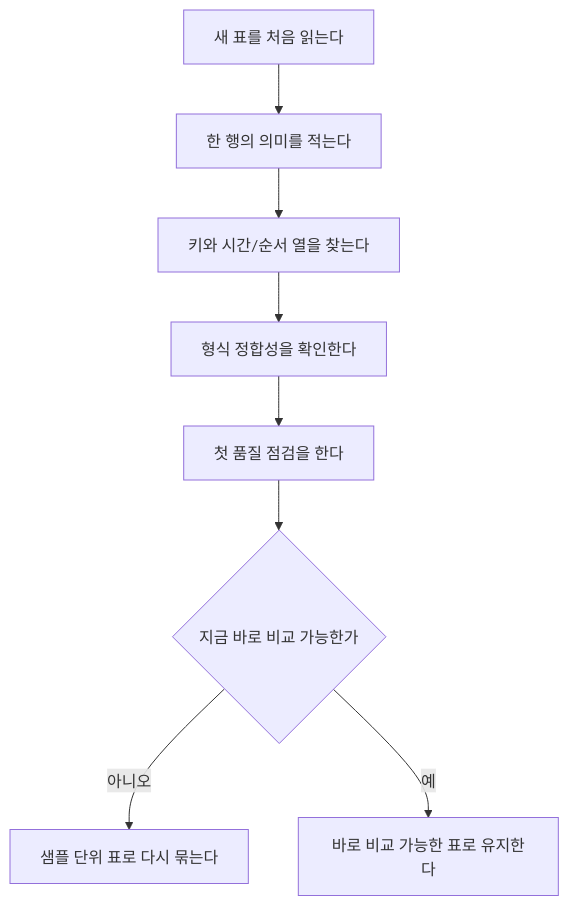
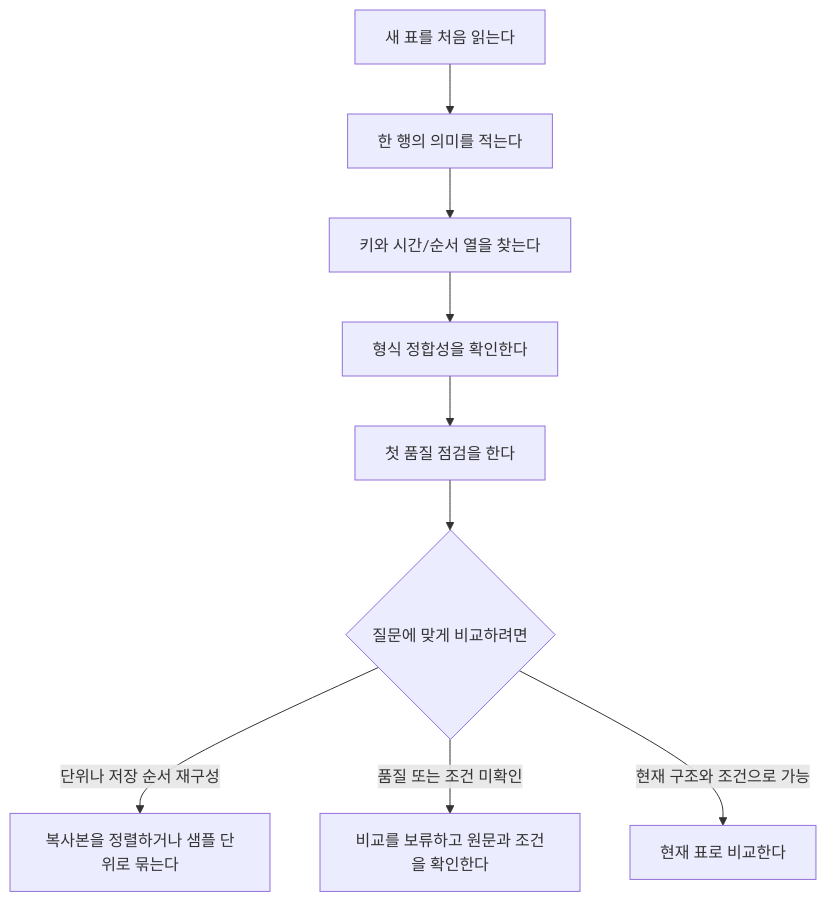
One commit to devchan64/AiBook changed the diagram in docs/assets/part-03/chapter-02/p3-2-3-mermaid-01-ko.mmd. Above: the diagram before and after it, drawn with Mermaid. The commit also changed 32 other files, not shown here.

```diff
--- a/docs/assets/part-03/chapter-02/p3-2-3-mermaid-01-ko.mmd
+++ b/docs/assets/part-03/chapter-02/p3-2-3-mermaid-01-ko.mmd
@@ -1,8 +1,9 @@
 flowchart TD
     A[새 표를 처음 읽는다] --> B[한 행의 의미를 적는다]
     B --> C[키와 시간/순서 열을 찾는다]
     C --> D[형식 정합성을 확인한다]
     D --> E[첫 품질 점검을 한다]
-    E --> F{지금 바로 비교 가능한가}
-    F -- 아니오 --> G[샘플 단위 표로 다시 묶는다]
-    F -- 예 --> H[바로 비교 가능한 표로 유지한다]
+    E --> F{질문에 맞게 비교하려면}
+    F -- 단위나 저장 순서 재구성 --> G[복사본을 정렬하거나 샘플 단위로 묶는다]
+    F -- 품질 또는 조건 미확인 --> I[비교를 보류하고 원문과 조건을 확인한다]
+    F -- 현재 구조와 조건으로 가능 --> H[현재 표로 비교한다]
```
